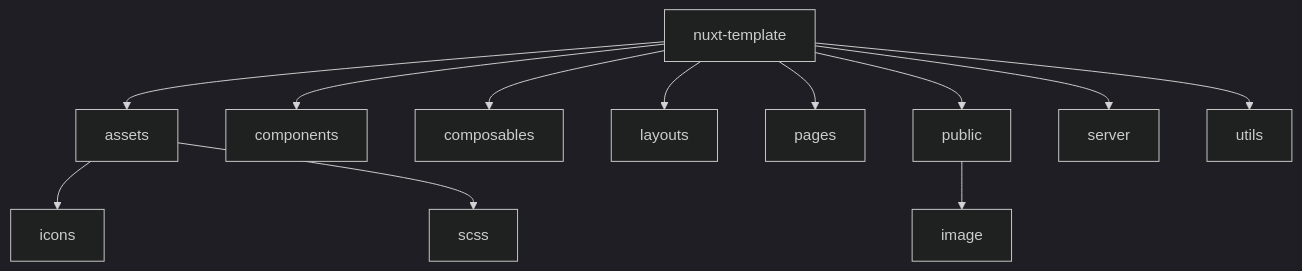
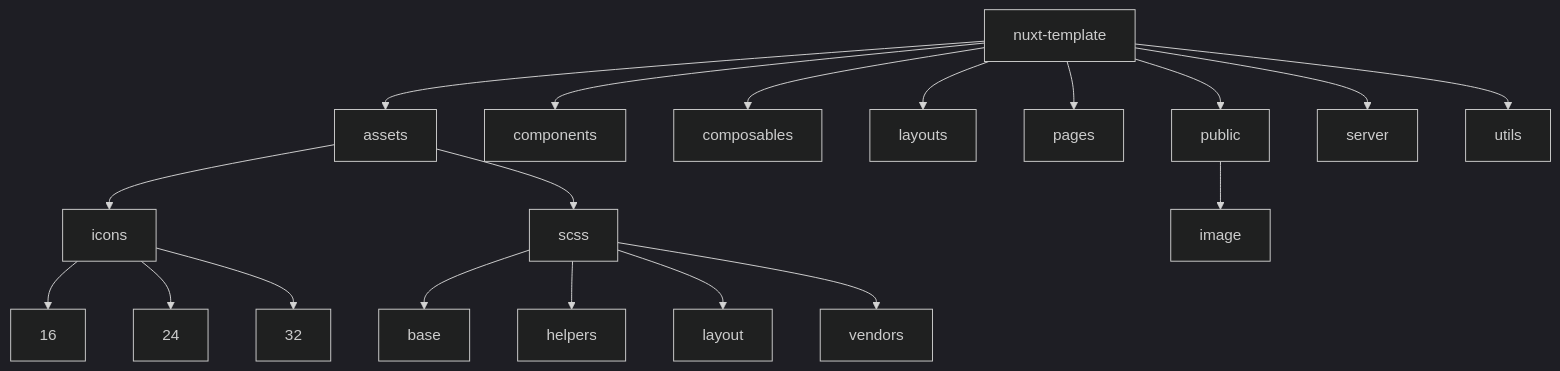
One commit to AmalDoskhoev/readme changed the diagram in README.md. Above: the diagram before and after it, drawn with Mermaid (dark theme).

````diff
--- a/README.md
+++ b/README.md
@@ -2,14 +2,21 @@
 ```mermaid
 graph TD;
     nuxt-template-->assets;
     nuxt-template-->components;
     nuxt-template-->composables;
     nuxt-template-->layouts;
     nuxt-template-->pages;
     nuxt-template-->public;
     nuxt-template-->server;
     nuxt-template-->utils;
     assets-->icons;
     assets-->scss;
+    scss-->base;
+    scss-->helpers;
+    scss-->layout;
+    scss-->vendors;
+    icons-->16;
+    icons-->24;
+    icons-->32;
     public-->image;
 ```
````
